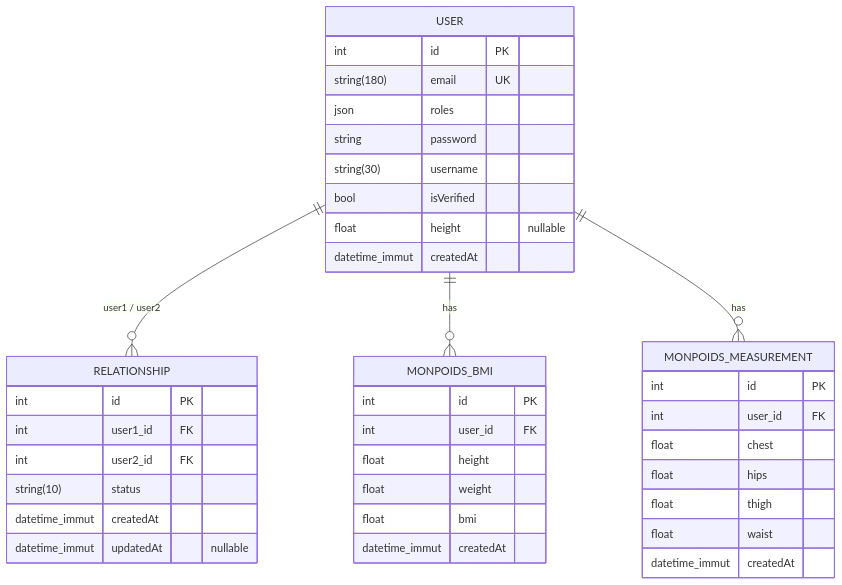
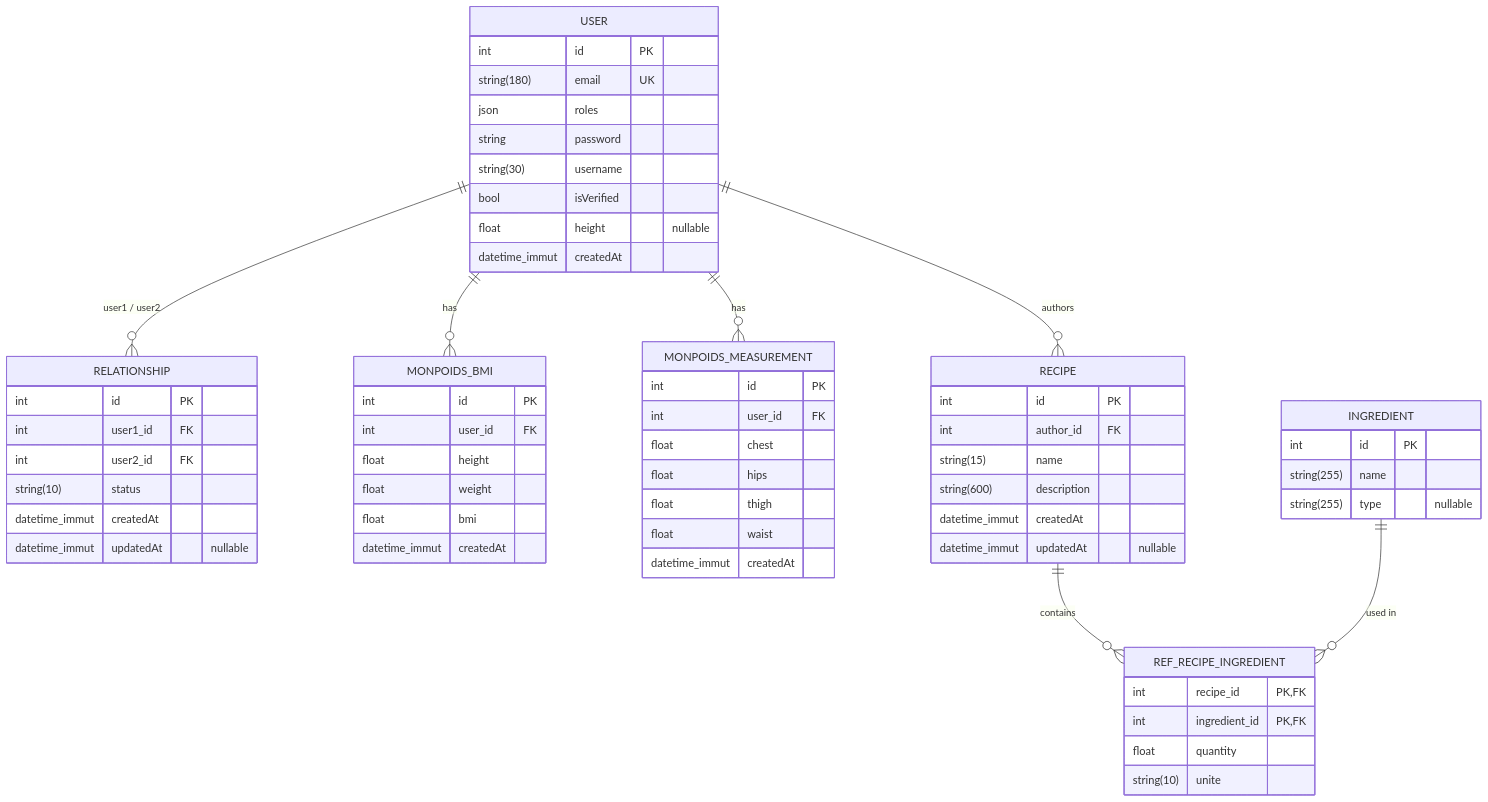
The diagram in README.md (EECKHOUTRemi/MesApplisHF), drawn with Mermaid before and after one commit. The commit also changed other lines of this file, not shown here.

Commit message:
feat: update README.md db schema

````diff
--- a/README.md
+++ b/README.md
@@ -67,45 +67,70 @@
 ```mermaid
 erDiagram
     USER ||--o{ RELATIONSHIP    : "user1 / user2"
     USER ||--o{ MONPOIDS_BMI    : has
     USER ||--o{ MONPOIDS_MEASUREMENT : has
+    USER ||--o{ RECIPE          : authors
+    RECIPE ||--o{ REF_RECIPE_INGREDIENT : contains
+    INGREDIENT ||--o{ REF_RECIPE_INGREDIENT : "used in"
 
     USER {
         int             id PK
         string(180)     email UK
         json            roles
         string          password
         string(30)      username
         bool            isVerified
         float           height "nullable"
         datetime_immut  createdAt
     }
 
     RELATIONSHIP {
         int             id PK
         int             user1_id FK
         int             user2_id FK
         string(10)      status
         datetime_immut  createdAt
         datetime_immut  updatedAt "nullable"
     }
 
     MONPOIDS_BMI {
         int             id PK
         int             user_id FK
         float           height
         float           weight
         float           bmi
         datetime_immut  createdAt
     }
 
     MONPOIDS_MEASUREMENT {
         int             id PK
         int             user_id FK
         float           chest
         float           hips
         float           thigh
         float           waist
         datetime_immut  createdAt
     }
+
+    RECIPE {
+        int             id PK
+        int             author_id FK
+        string(15)      name
+        string(600)     description
+        datetime_immut  createdAt
+        datetime_immut  updatedAt "nullable"
+    }
+
+    INGREDIENT {
+        int             id PK
+        string(255)     name
+        string(255)     type "nullable"
+    }
+
+    REF_RECIPE_INGREDIENT {
+        int             recipe_id PK,FK
+        int             ingredient_id PK,FK
+        float           quantity
+        string(10)      unite
+    }
 ```
````
